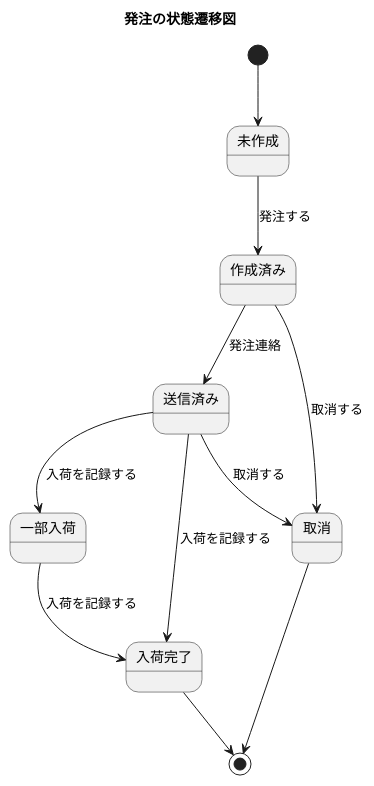
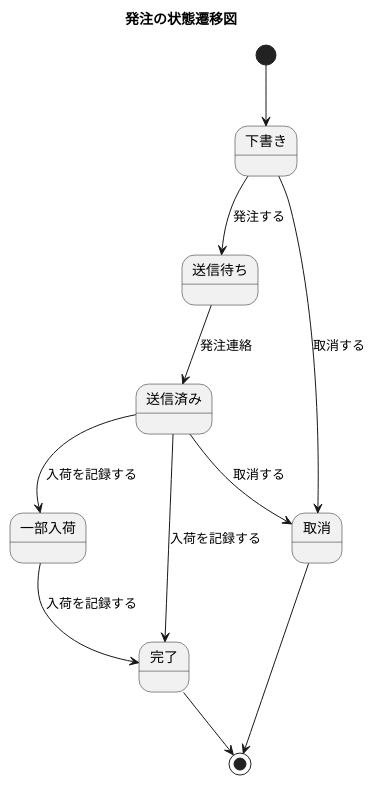
One commit to k2works/case-study-sdd-development changed diagram 18 of 19 in docs/requirements/requirements_definition.md. Above: the diagram before and after it, drawn with PlantUML. The commit also changed other lines of this file and 26 other files, not shown here.

````diff
--- a/docs/requirements/requirements_definition.md
+++ b/docs/requirements/requirements_definition.md
@@ -714,16 +716,16 @@
 ```plantuml
 @startuml
 title 発注の状態遷移図
 
-[*] --> 未作成
-未作成 --> 作成済み : 発注する
-作成済み --> 送信済み : 発注連絡
+[*] --> 下書き
+下書き --> 送信待ち : 発注する
+送信待ち --> 送信済み : 発注連絡
 送信済み --> 一部入荷 : 入荷を記録する
-一部入荷 --> 入荷完了 : 入荷を記録する
-送信済み --> 入荷完了 : 入荷を記録する
-作成済み --> 取消 : 取消する
+一部入荷 --> 完了 : 入荷を記録する
+送信済み --> 完了 : 入荷を記録する
+下書き --> 取消 : 取消する
 送信済み --> 取消 : 取消する
-入荷完了 --> [*]
+完了 --> [*]
 取消 --> [*]
 @enduml
 ```
````
